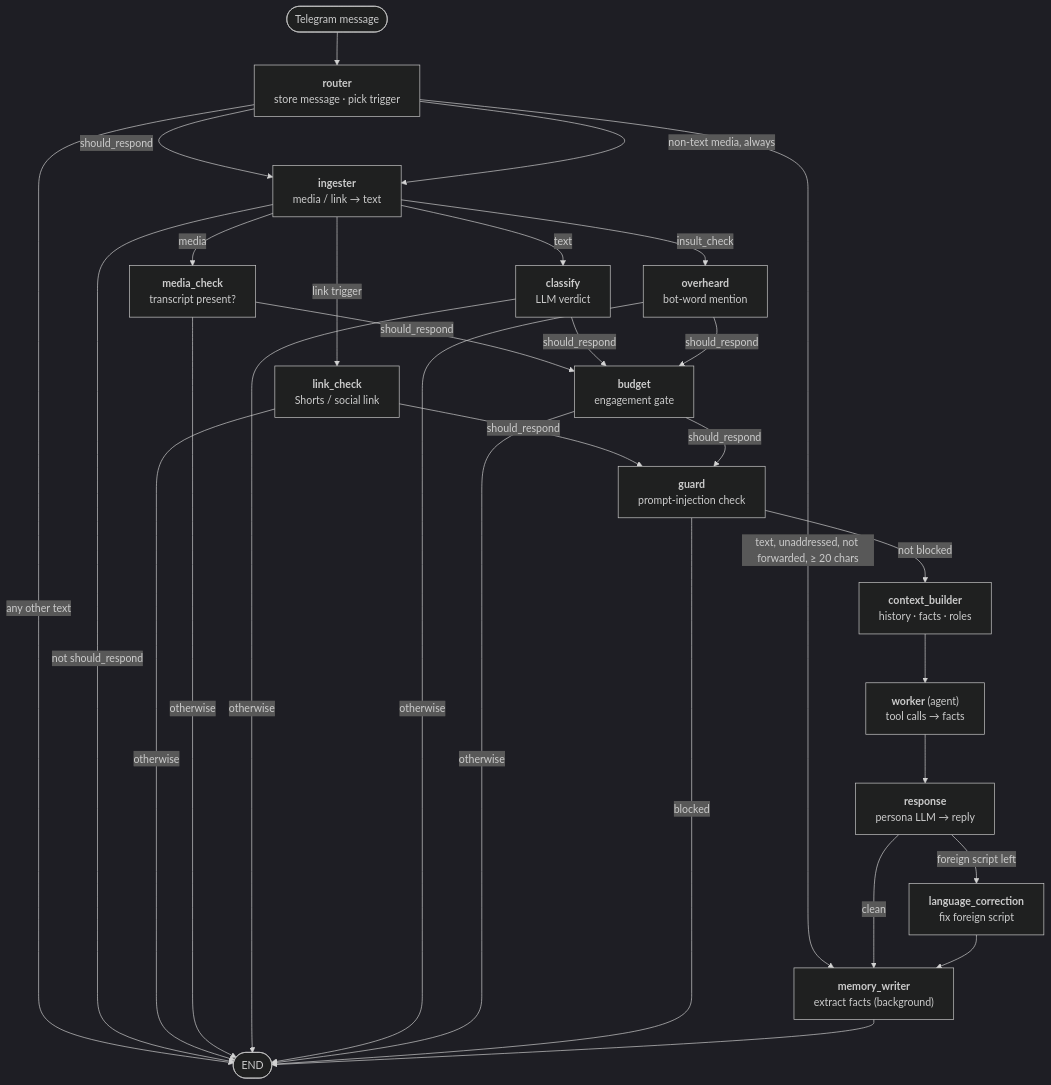
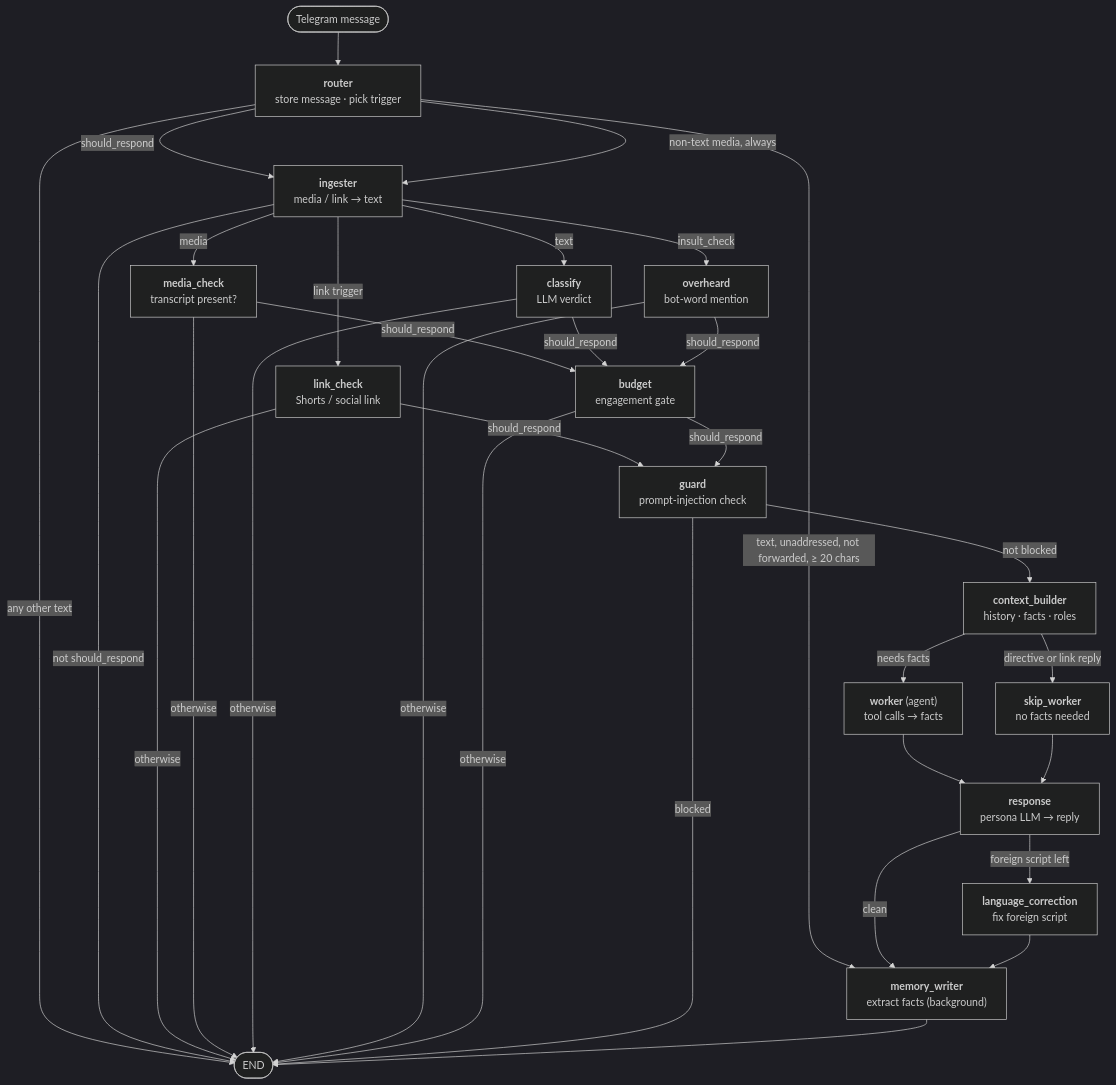
The first of 10 diagrams in src/pipeline/README.md (vsbaldeev/games-chatbot), drawn with Mermaid (dark theme) before and after one commit. The commit also changed other lines of this file and 4 other files, not shown here.

Commit message:
refactor: decide the worker skip on a graph edge

````diff
--- a/src/pipeline/README.md
+++ b/src/pipeline/README.md
@@ -13,50 +13,52 @@
 ```mermaid
 flowchart TD
     start(["Telegram message"]) --> router
 
     router["<b>router</b><br/>store message · pick trigger"]
     ingester["<b>ingester</b><br/>media / link → text"]
     link["<b>link_check</b><br/>Shorts / social link"]
     media["<b>media_check</b><br/>transcript present?"]
     classify["<b>classify</b><br/>LLM verdict"]
     overheard["<b>overheard</b><br/>bot-word mention"]
     budget["<b>budget</b><br/>engagement gate"]
     guard["<b>guard</b><br/>prompt-injection check"]
     ctx["<b>context_builder</b><br/>history · facts · roles"]
     worker["<b>worker</b> (agent)<br/>tool calls → facts"]
+    skipw["<b>skip_worker</b><br/>no facts needed"]
     response["<b>response</b><br/>persona LLM → reply"]
     lang["<b>language_correction</b><br/>fix foreign script"]
     memory["<b>memory_writer</b><br/>extract facts (background)"]
     stop(["END"])
 
     router -->|"should_respond"| ingester
     router -->|"non-text media, always"| ingester
     router -->|"text, unaddressed, not forwarded, ≥ 20 chars"| memory
     router -->|"any other text"| stop
 
     ingester -->|"link trigger"| link
     ingester -->|"media"| media
     ingester -->|"text"| classify
     ingester -->|"insult_check"| overheard
     ingester -->|"not should_respond"| stop
 
     link -->|"should_respond"| guard
     media -->|"should_respond"| budget
     classify -->|"should_respond"| budget
     overheard -->|"should_respond"| budget
     budget -->|"should_respond"| guard
     link -->|"otherwise"| stop
     media -->|"otherwise"| stop
     classify -->|"otherwise"| stop
     overheard -->|"otherwise"| stop
     budget -->|"otherwise"| stop
 
     guard -->|"not blocked"| ctx
     guard -->|"blocked"| stop
 
-    ctx --> worker --> response
+    ctx -->|"needs facts"| worker --> response
+    ctx -->|"directive or link reply"| skipw --> response
     response -->|"foreign script left"| lang
     response -->|"clean"| memory
     lang --> memory
     memory --> stop
 ```
````
